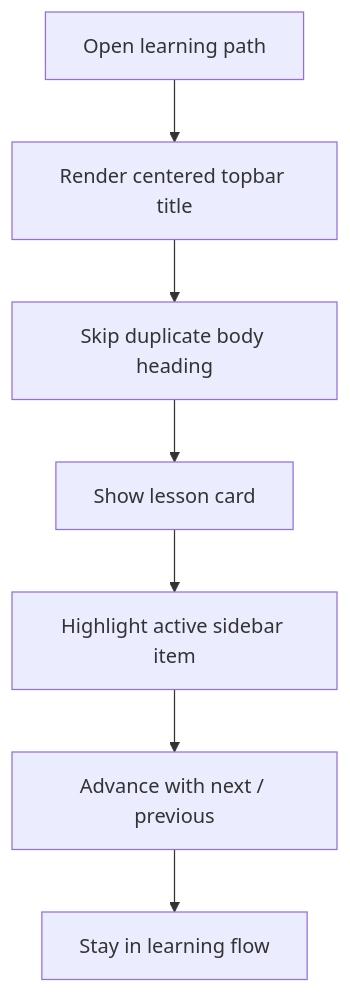
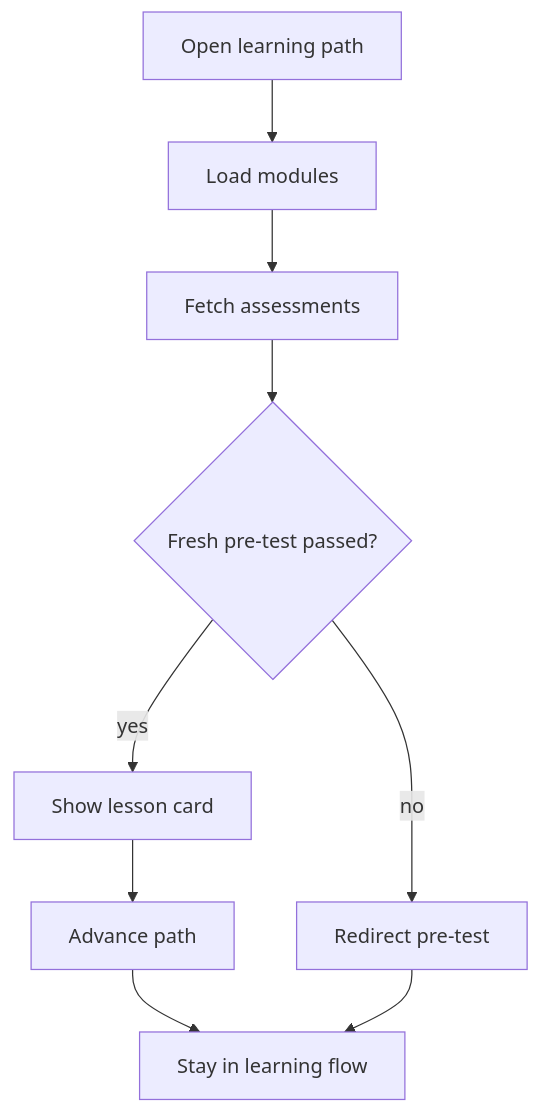
One commit to JohnAndrewBalbarosa/NeoTerritory changed the diagram in docs/Codebase/Frontend/src/components/marketing/patterns/PatternsLearnPage.tsx.md. Above: the diagram before and after it, drawn with Mermaid. The commit also changed other lines of this file and 25 other files, not shown here.

````diff
--- a/docs/Codebase/Frontend/src/components/marketing/patterns/PatternsLearnPage.tsx.md
+++ b/docs/Codebase/Frontend/src/components/marketing/patterns/PatternsLearnPage.tsx.md
@@ -27,16 +27,16 @@
 ```mermaid
 flowchart TD
     Start["Open learning path"]
-    N0["Render centered topbar title"]
-    N1["Skip duplicate body heading"]
+    N0["Load modules"]
+    N1["Fetch assessments"]
+    D0{"Fresh pre-test passed?"}
     N2["Show lesson card"]
-    N3["Highlight active sidebar item"]
-    N4["Advance with next / previous"]
+    N3["Redirect pre-test"]
+    N4["Advance path"]
     End["Stay in learning flow"]
     Start --> N0
     N0 --> N1
-    N1 --> N2
-    N2 --> N3
-    N3 --> N4
-    N4 --> End
+    N1 --> D0
+    D0 -->|yes| N2 --> N4 --> End
+    D0 -->|no| N3 --> End
 ```
````
